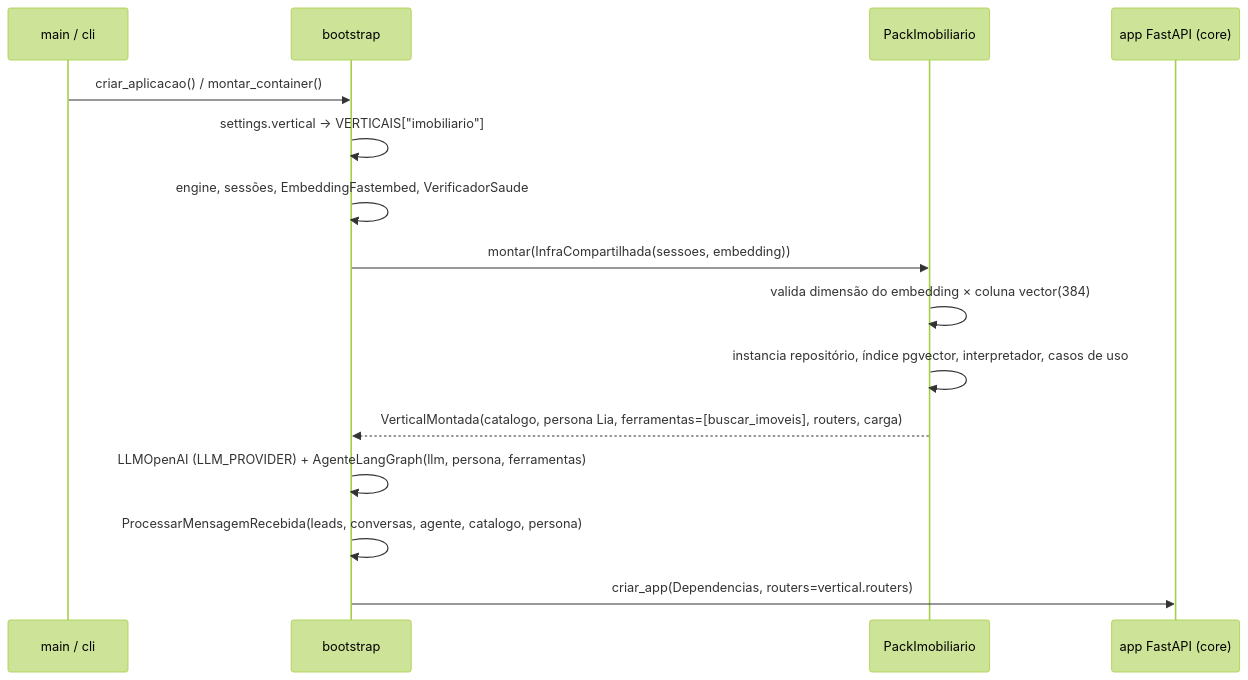
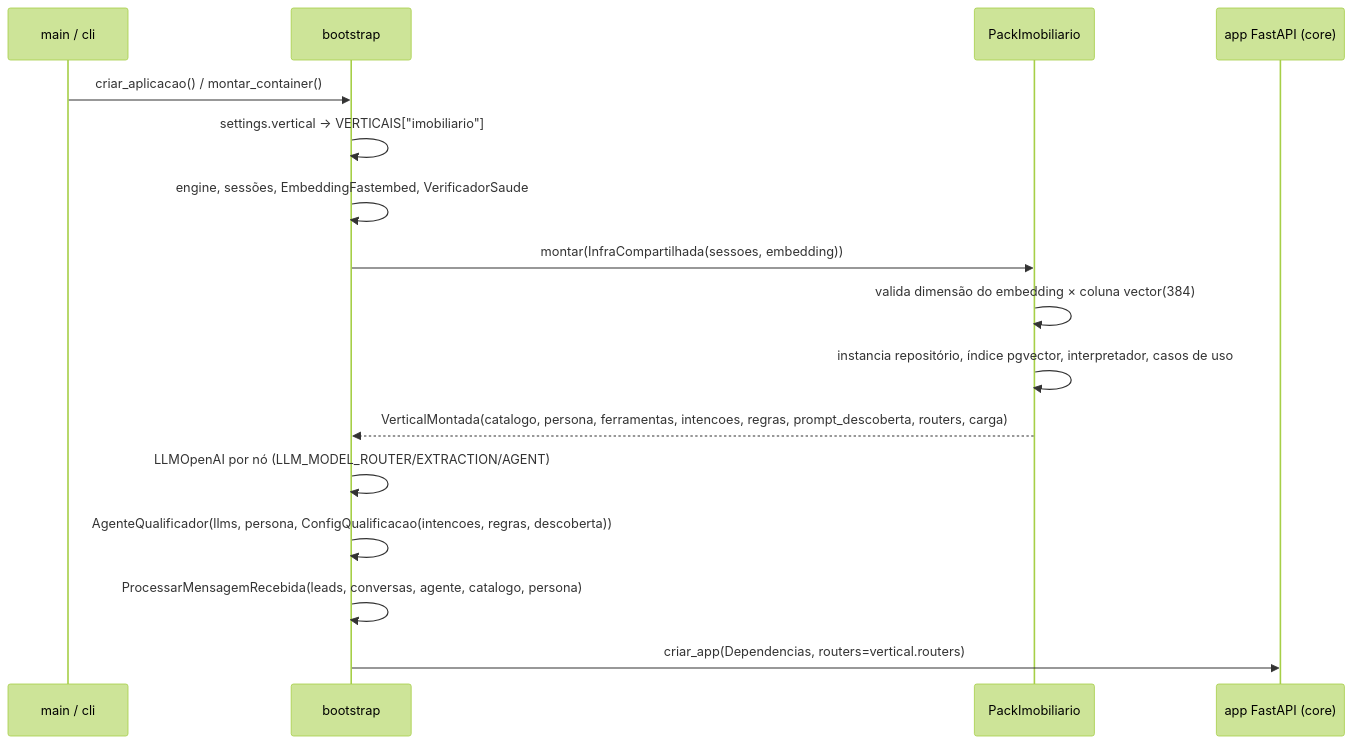
Before and after one commit to amaranini/tech-challenge-fase-5: the fifth of 10 diagrams in docs/arquitetura.md, drawn with Mermaid (forest theme). The commit also changed other lines of this file and 47 other files, not shown here.

````diff
--- a/docs/arquitetura.md
+++ b/docs/arquitetura.md
@@ -178,18 +181,19 @@
 ```mermaid
 sequenceDiagram
     participant M as main / cli
     participant B as bootstrap
     participant P as PackImobiliario
     participant A as app FastAPI (core)
 
     M->>B: criar_aplicacao() / montar_container()
     B->>B: settings.vertical → VERTICAIS["imobiliario"]
     B->>B: engine, sessões, EmbeddingFastembed, VerificadorSaude
     B->>P: montar(InfraCompartilhada(sessoes, embedding))
     P->>P: valida dimensão do embedding × coluna vector(384)
     P->>P: instancia repositório, índice pgvector, interpretador, casos de uso
-    P-->>B: VerticalMontada(catalogo, persona Lia, ferramentas=[buscar_imoveis], routers, carga)
-    B->>B: LLMOpenAI (LLM_PROVIDER) + AgenteLangGraph(llm, persona, ferramentas)
+    P-->>B: VerticalMontada(catalogo, persona, ferramentas, intencoes, regras, prompt_descoberta, routers, carga)
+    B->>B: LLMOpenAI por nó (LLM_MODEL_ROUTER/EXTRACTION/AGENT)
+    B->>B: AgenteQualificador(llms, persona, ConfigQualificacao(intencoes, regras, descoberta))
     B->>B: ProcessarMensagemRecebida(leads, conversas, agente, catalogo, persona)
     B->>A: criar_app(Dependencias, routers=vertical.routers)
 ```
````
